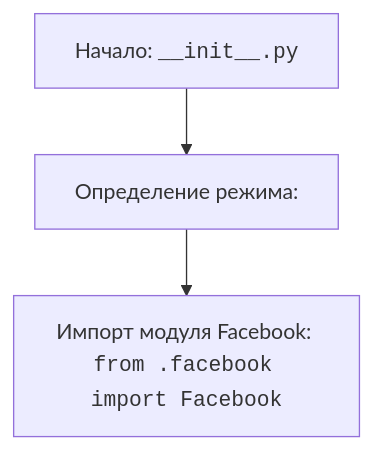
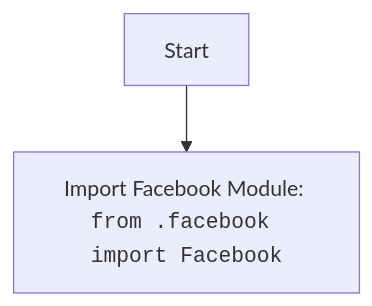
One commit to hypo69/hypo changed the diagram in docs/gemini/ru/explainer/src/endpoints/advertisement/__init__.py.md. Above: the diagram before and after it, drawn with Mermaid. The commit also changed other lines of this file and 1505 other files, not shown here.

````diff
--- a/docs/gemini/ru/explainer/src/endpoints/advertisement/__init__.py.md
+++ b/docs/gemini/ru/explainer/src/endpoints/advertisement/__init__.py.md
@@ -14,5 +8,4 @@
 ```mermaid
 flowchart TD
-    Start[Начало: <code>__init__.py</code>] --> ModeDef[Определение режима: <code></code>]
-    ModeDef --> ImportFacebook[Импорт модуля Facebook: <br> <code>from .facebook import Facebook</code>]
+    Start --> ImportFacebook[Import Facebook Module: <br><code>from .facebook import Facebook</code>]
 ```
````
